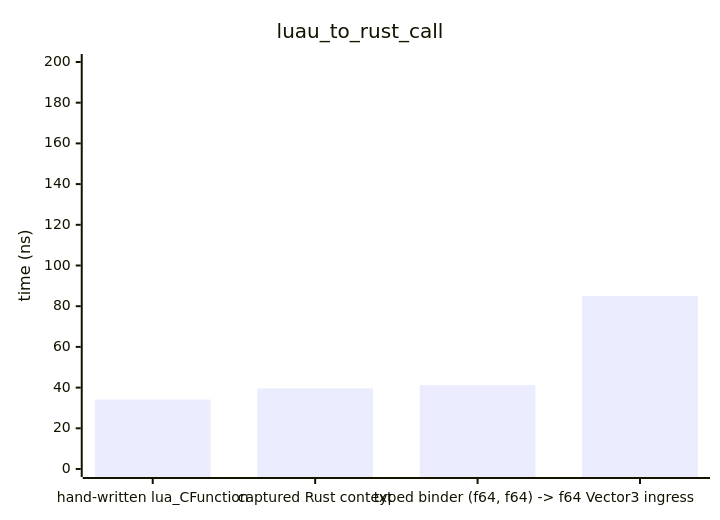
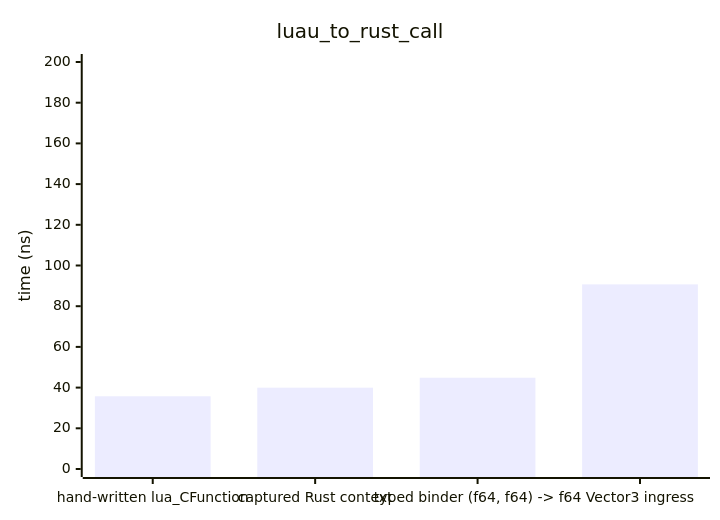
The second of 12 diagrams in BENCHMARKS.md (DreamWeave-MP/l3i), drawn with Mermaid before and after one commit. The commit also changed other lines of this file and 2 other files, not shown here.

````diff
--- a/BENCHMARKS.md
+++ b/BENCHMARKS.md
@@ -36,7 +36,7 @@
 ```mermaid
 xychart-beta
     title "luau_to_rust_call"
     x-axis ["hand-written lua_CFunction", "captured Rust context", "typed binder (f64, f64) -> f64", "Vector3 ingress"]
     y-axis "time (ns)" 0 --> 200.00
-    bar [34.14, 39.61, 41.23, 85.05]
+    bar [35.73, 39.97, 44.86, 90.73]
 ```
````
